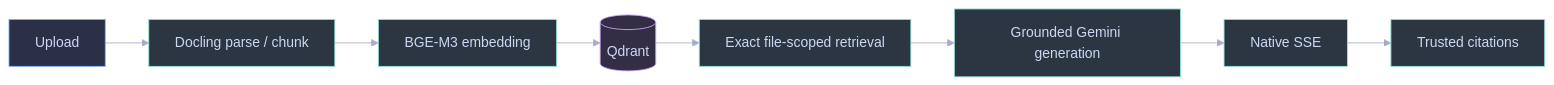
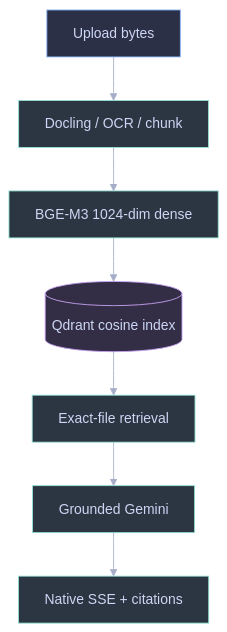
Before and after one commit to RyxnDmello/atlas: the first of 6 diagrams in server/AGENTS.md, drawn with Mermaid. The commit also changed other lines of this file and 23 other files, not shown here.

````diff
--- a/server/AGENTS.md
+++ b/server/AGENTS.md
@@ -158,21 +131,20 @@
 ```mermaid
 %%{init: {'theme': 'base', 'themeVariables': {'background': '#1e1e2e', 'primaryColor': '#45475a', 'primaryTextColor': '#cdd6f4', 'primaryBorderColor': '#89b4fa', 'lineColor': '#a6adc8', 'secondaryColor': '#313244', 'tertiaryColor': '#181825', 'fontFamily': 'Inter, sans-serif'}}}%%
-flowchart LR
-    Upload["Upload"] --> Chunk["Docling parse / chunk"]
-    Chunk --> Embed["BGE-M3 embedding"]
-    Embed --> Qdrant[("Qdrant")]
-    Qdrant --> Retrieve["Exact file-scoped retrieval"]
-    Retrieve --> Gemini["Grounded Gemini generation"]
-    Gemini --> SSE["Native SSE"]
-    SSE --> Cite["Trusted citations"]
+flowchart TD
+    Upload["Upload bytes"] --> Parse["Docling / OCR / chunk"]
+    Parse --> Embed["BGE-M3 1024-dim dense"]
+    Embed --> Qdrant[("Qdrant cosine index")]
+    Qdrant --> Retrieve["Exact-file retrieval"]
+    Retrieve --> Generate["Grounded Gemini"]
+    Generate --> SSE["Native SSE + citations"]
     class Upload client;
-    class Chunk,Embed,Retrieve,Gemini,SSE,Cite service;
+    class Parse,Embed,Retrieve,Generate,SSE service;
     class Qdrant storage;
     classDef client fill:#2b3046,stroke:#89b4fa,stroke-width:1px,color:#cdd6f4;
     classDef service fill:#2c3642,stroke:#94e2d5,stroke-width:1px,color:#cdd6f4;
     classDef storage fill:#332e46,stroke:#cba6f7,stroke-width:1px,color:#cdd6f4;
     classDef verified fill:#2e363c,stroke:#a6e3a1,stroke-width:1px,color:#cdd6f4;
     classDef planned fill:#30323f,stroke:#b4befe,stroke-width:1px,color:#cdd6f4;
     classDef caution fill:#38362e,stroke:#f9e2af,stroke-width:1px,color:#cdd6f4;
     classDef denied fill:#39303d,stroke:#f38ba8,stroke-width:1px,color:#cdd6f4;
 ```
````
